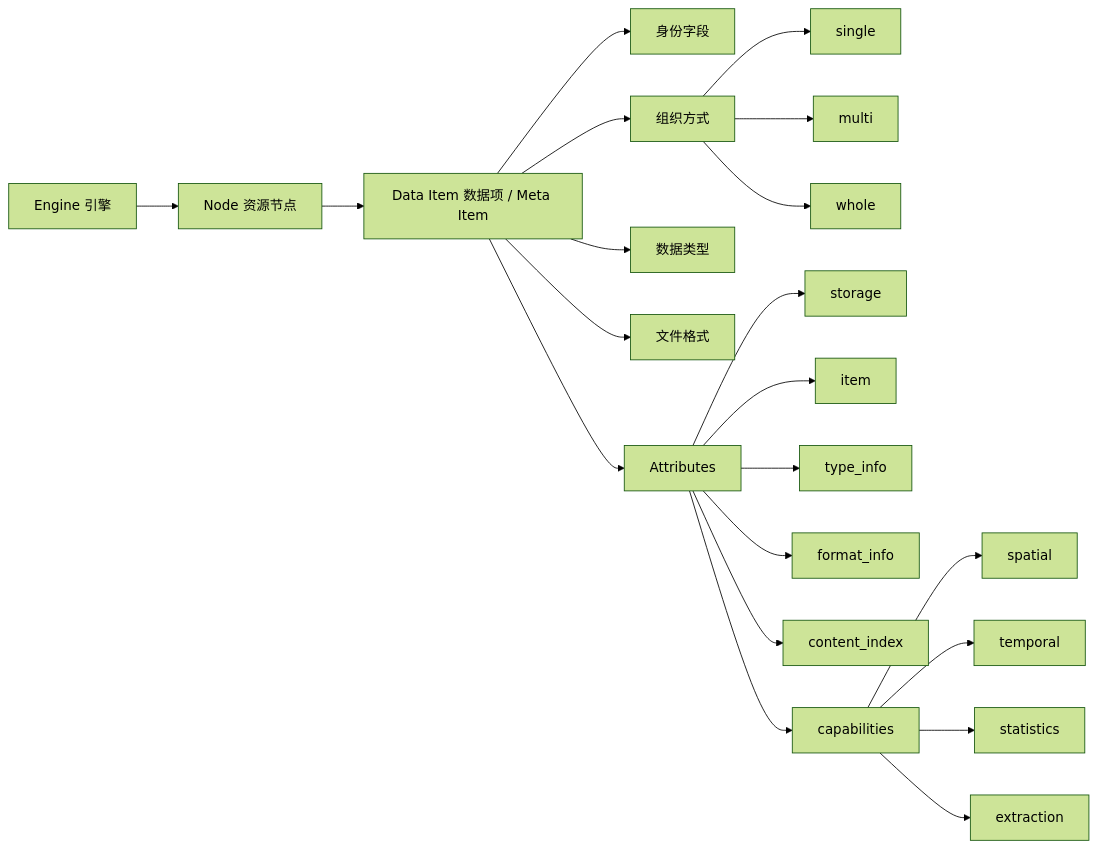
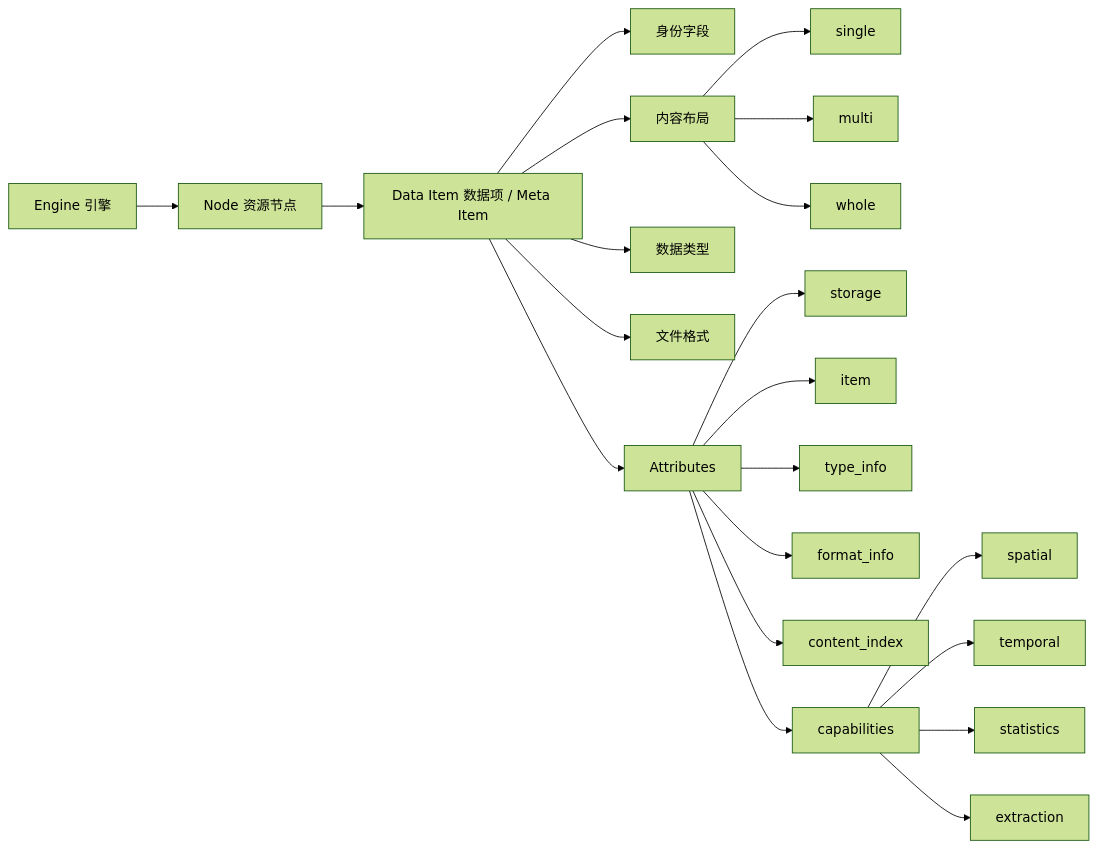
One commit to pampa0629/addp changed the diagram in docs/concepts/addp数据项体系图.md. Above: the diagram before and after it, drawn with Mermaid (forest theme). The commit also changed other lines of this file and 119 other files, not shown here.

````diff
--- a/docs/concepts/addp数据项体系图.md
+++ b/docs/concepts/addp数据项体系图.md
@@ -25,27 +25,27 @@
 ```mermaid
 graph LR
     Engine[Engine 引擎] --> Node[Node 资源节点]
     Node --> Item[Data Item 数据项 / Meta Item]
 
     Item --> Identity[身份字段]
-    Item --> Organization[组织方式]
+    Item --> Layout[内容布局]
     Item --> DataType[数据类型]
     Item --> Format[文件格式]
     Item --> Attributes[Attributes]
 
-    Organization --> Single[single]
-    Organization --> Multi[multi]
-    Organization --> Whole[whole]
+    Layout --> Single[single]
+    Layout --> Multi[multi]
+    Layout --> Whole[whole]
 
     Attributes --> Storage[storage]
     Attributes --> ItemAttrs[item]
     Attributes --> TypeInfo[type_info]
     Attributes --> FormatInfo[format_info]
     Attributes --> ContentIndex[content_index]
     Attributes --> Capabilities[capabilities]
 
     Capabilities --> Spatial[spatial]
     Capabilities --> Temporal[temporal]
     Capabilities --> Statistics[statistics]
     Capabilities --> Extraction[extraction]
 ```
````
